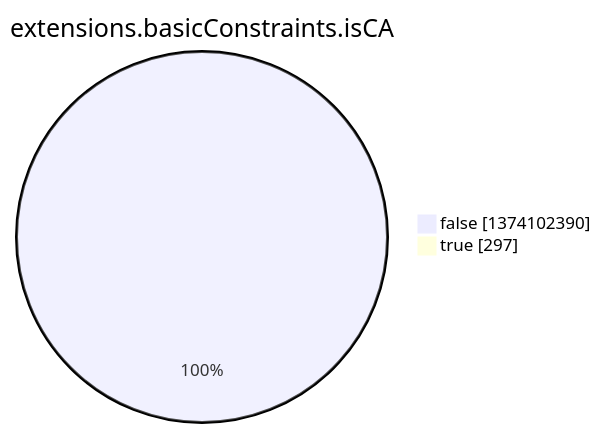
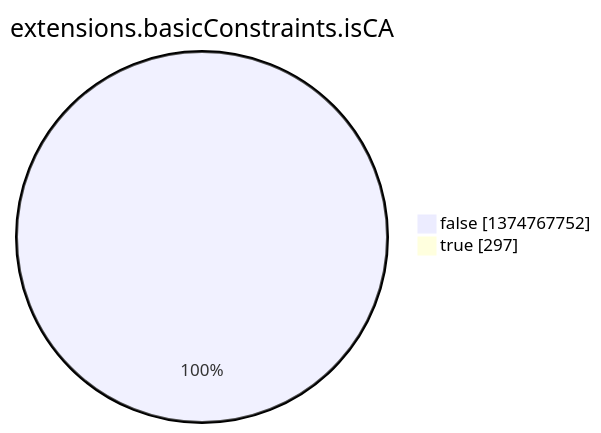
The eighth of 15 diagrams in argon2022/README.md (christiankrug/ctmonitor_visualization), drawn with Mermaid before and after one commit. The commit also changed other lines of this file, not shown here.

````diff
--- a/argon2022/README.md
+++ b/argon2022/README.md
@@ -2759,6 +2759,6 @@
 ```mermaid
 pie showData
 title extensions.basicConstraints.isCA
-"false" :1374102390
+"false" :1374767752
 "true" :297
 ```
````
